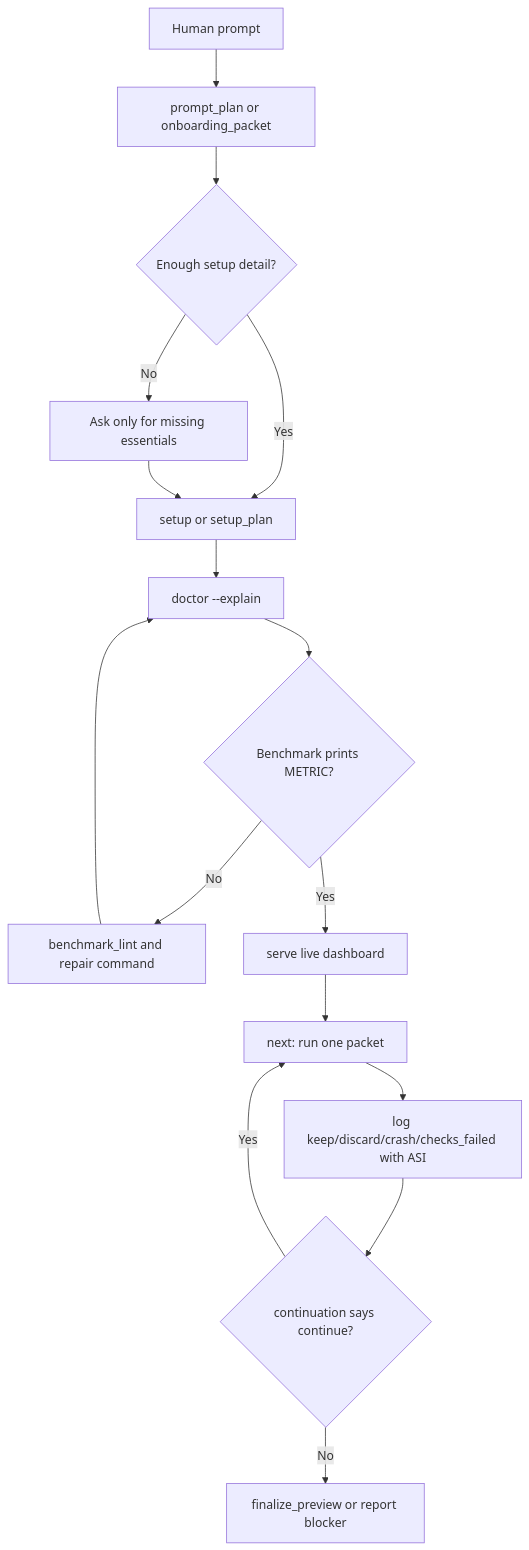
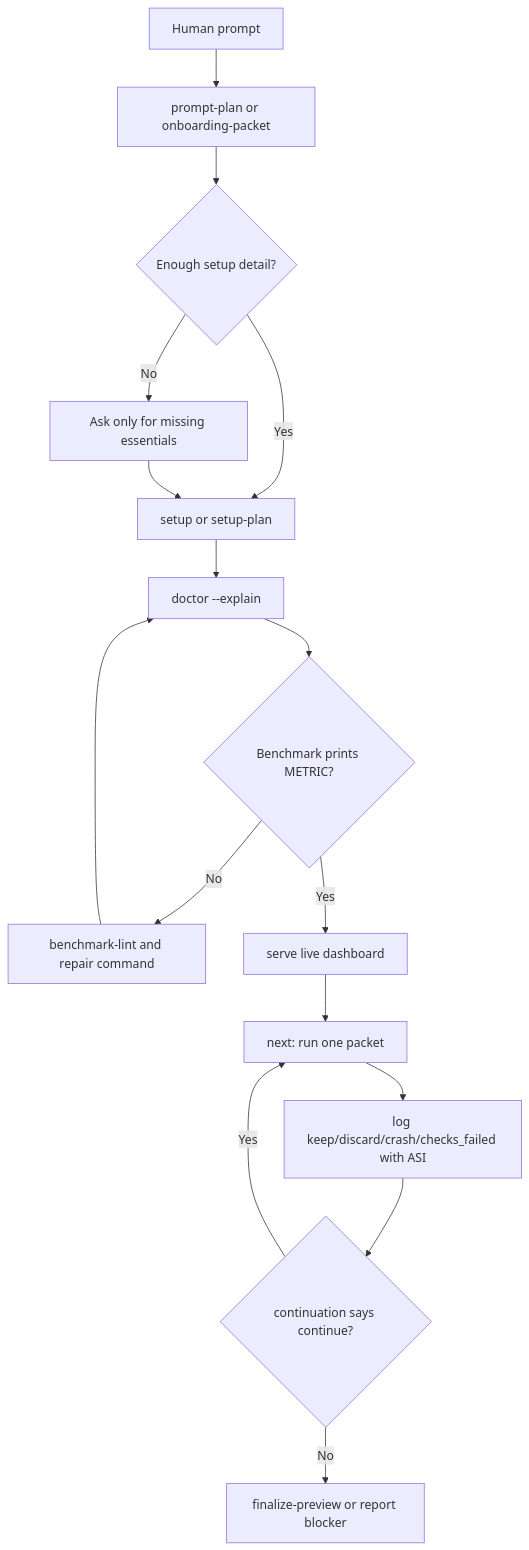
The first of 5 diagrams in plugins/codex-autoresearch/docs/workflows.md (TheGreenCedar/codex-autoresearch), drawn with Mermaid before and after one commit. The commit also changed other lines of this file and 49 other files, not shown here.

````diff
--- a/plugins/codex-autoresearch/docs/workflows.md
+++ b/plugins/codex-autoresearch/docs/workflows.md
@@ -7,18 +7,18 @@
 ```mermaid
 flowchart TD
-  A["Human prompt"] --> B["prompt_plan or onboarding_packet"]
+  A["Human prompt"] --> B["prompt-plan or onboarding-packet"]
   B --> C{"Enough setup detail?"}
   C -- "No" --> D["Ask only for missing essentials"]
-  C -- "Yes" --> E["setup or setup_plan"]
+  C -- "Yes" --> E["setup or setup-plan"]
   D --> E
   E --> F["doctor --explain"]
   F --> G{"Benchmark prints METRIC?"}
-  G -- "No" --> H["benchmark_lint and repair command"]
+  G -- "No" --> H["benchmark-lint and repair command"]
   G -- "Yes" --> I["serve live dashboard"]
   H --> F
   I --> J["next: run one packet"]
   J --> K["log keep/discard/crash/checks_failed with ASI"]
   K --> L{"continuation says continue?"}
   L -- "Yes" --> J
-  L -- "No" --> M["finalize_preview or report blocker"]
+  L -- "No" --> M["finalize-preview or report blocker"]
 ```
````
